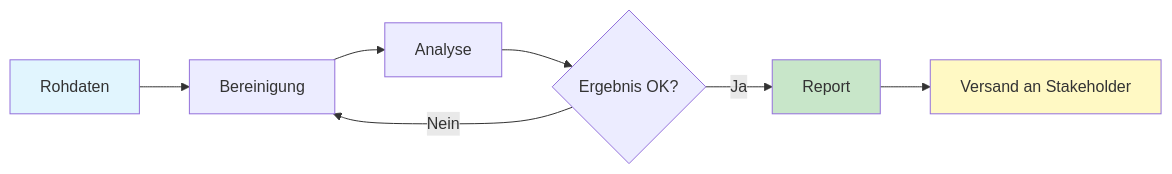
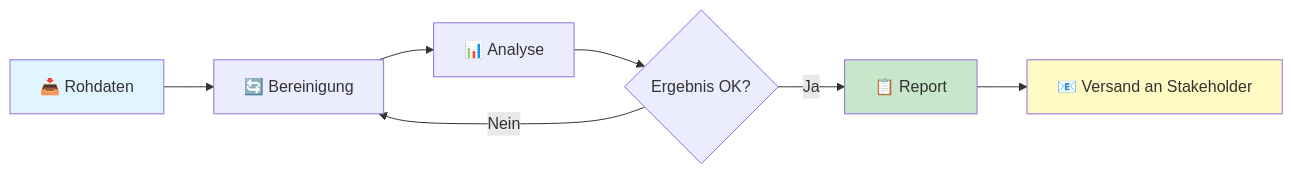
The second of 3 diagrams in analysts_de.md (justinsz/ProPrompt), drawn with Mermaid before and after one commit. The commit also changed other lines of this file and 11 other files, not shown here.

First line of the commit message:
Restore emojis in normal text, keep prompts clean, fix Mermaid syntax

````diff
--- a/analysts_de.md
+++ b/analysts_de.md
@@ -164,13 +164,13 @@
 ```mermaid
 flowchart LR
-    A[Rohdaten] --> B[Bereinigung]
-    B --> C[Analyse]
+    A[📥 Rohdaten] --> B[🔄 Bereinigung]
+    B --> C[📊 Analyse]
     C --> D{Ergebnis OK?}
-    D -- Ja --> E[Report]
+    D -- Ja --> E[📋 Report]
     D -- Nein --> B
-    E --> F[Versand an Stakeholder]
+    E --> F[📧 Versand an Stakeholder]
 
     style A fill:#e1f5fe
     style E fill:#c8e6c9
     style F fill:#fff9c4
 ```
````
